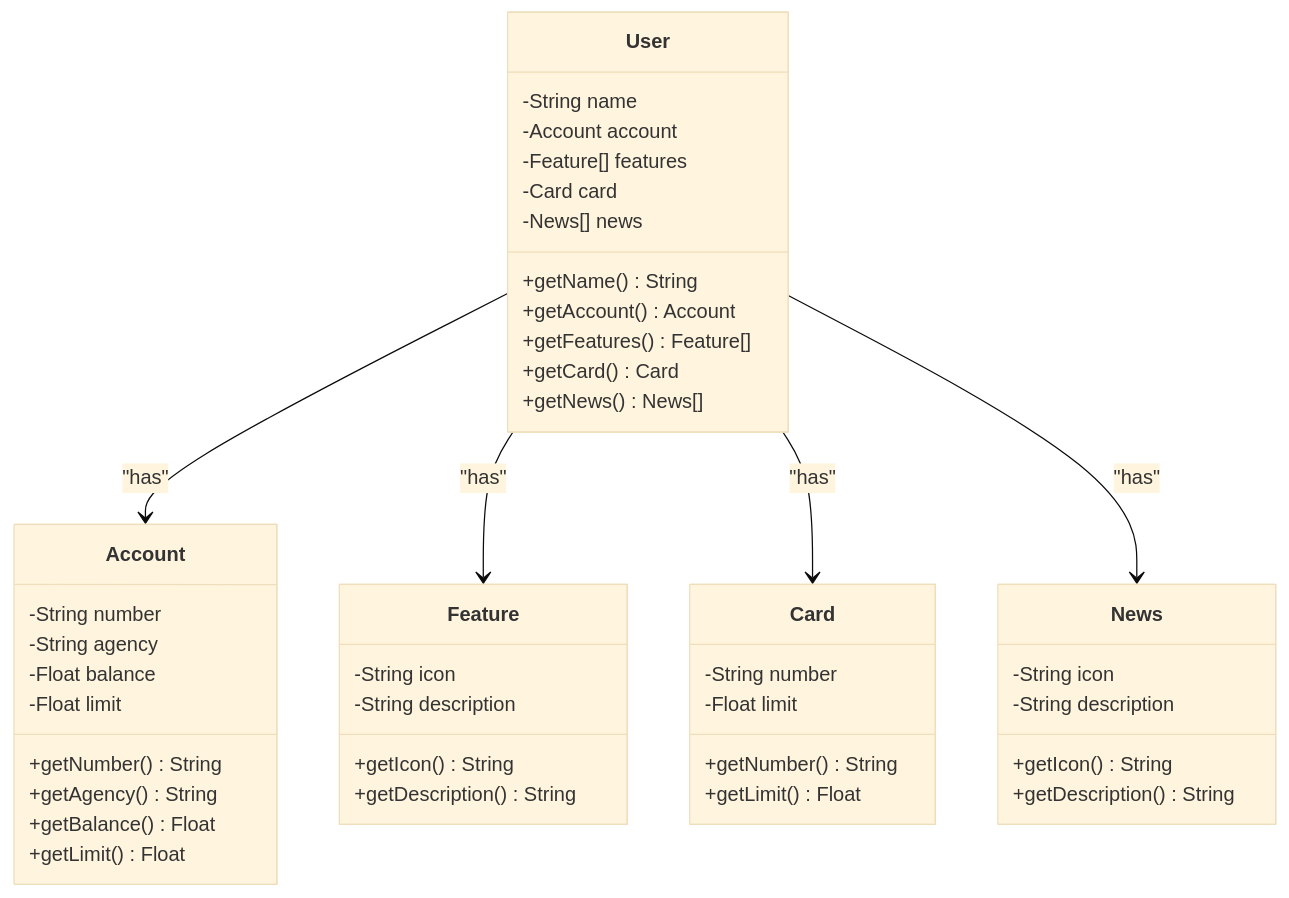
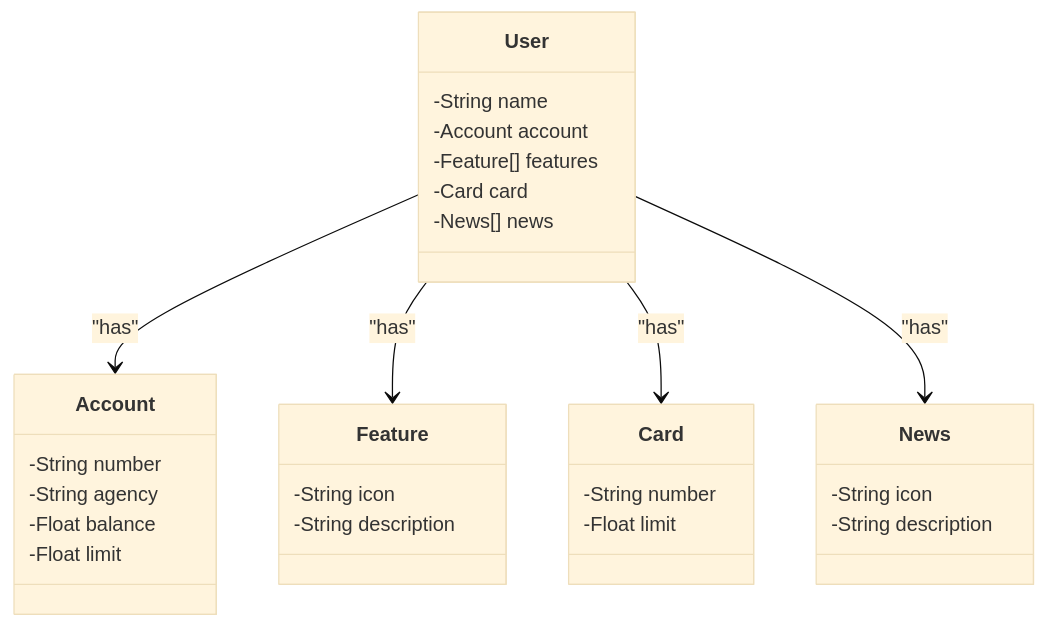
The diagram in README.md (marcosynky/api-restful-sistema-bancario), drawn with Mermaid (base theme) before and after one commit.

````diff
--- a/README.md
+++ b/README.md
@@ -7,54 +7,40 @@
  ```mermaid
 classDiagram
     class Account {
         -String number
         -String agency
         -Float balance
         -Float limit
-        +getNumber() String
-        +getAgency() String
-        +getBalance() Float
-        +getLimit() Float
     }
 
     class Feature {
         -String icon
         -String description
-        +getIcon() String
-        +getDescription() String
     }
 
     class Card {
         -String number
         -Float limit
-        +getNumber() String
-        +getLimit() Float
     }
 
     class News {
         -String icon
         -String description
-        +getIcon() String
-        +getDescription() String
     }
 
     class User {
         -String name
         -Account account
         -Feature[] features
         -Card card
         -News[] news
-        +getName() String
-        +getAccount() Account
-        +getFeatures() Feature[]
-        +getCard() Card
-        +getNews() News[]
     }
 
     User --> Account : "has"
     User --> Feature : "has"
     User --> Card : "has"
     User --> News : "has"
 
 
+
 ```
````
